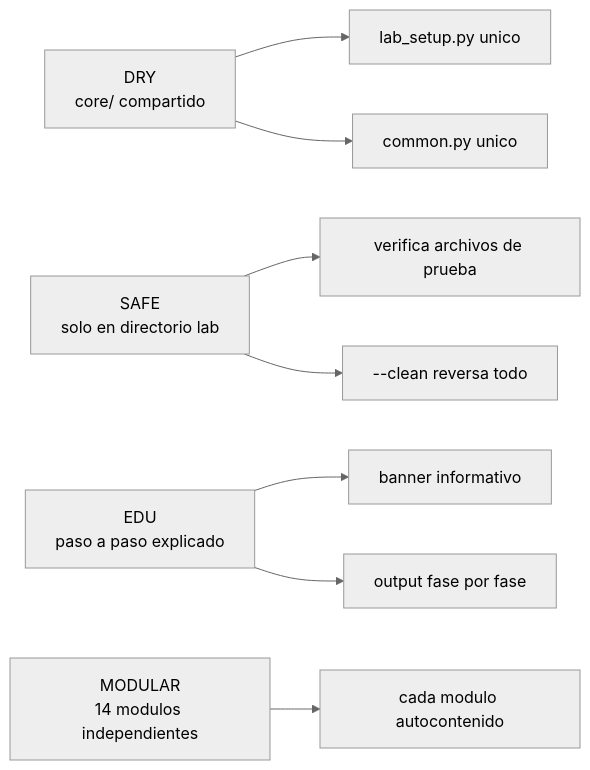
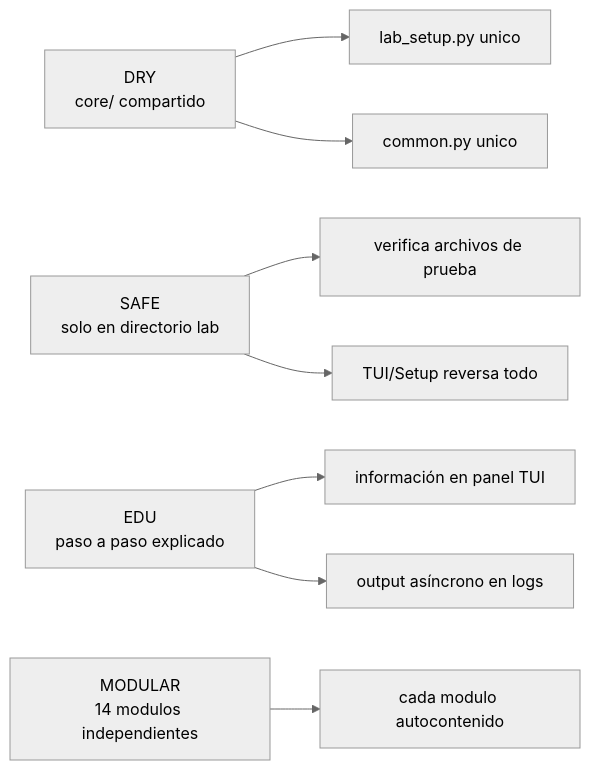
Before and after one commit to dozelix/easml-framework: the third of 3 diagrams in README.md, drawn with Mermaid (neutral theme). The commit also changed other lines of this file, not shown here.

````diff
--- a/README.md
+++ b/README.md
@@ -135,15 +128,16 @@
 ```mermaid
 flowchart LR
     DRY["DRY<br/>core/ compartido"]
     SAFE["SAFE<br/>solo en directorio lab"]
     EDU["EDU<br/>paso a paso explicado"]
     MOD["MODULAR<br/>14 modulos independientes"]
 
     DRY --> SETUP["lab_setup.py unico"]
     DRY --> COMMON["common.py unico"]
     SAFE --> CHECK["verifica archivos de prueba"]
-    SAFE --> CLEAN["--clean reversa todo"]
-    EDU --> BANNER["banner informativo"]
-    EDU --> STEP["output fase por fase"]
+    SAFE --> CLEAN["TUI/Setup reversa todo"]
+    EDU --> BANNER["información en panel TUI"]
+    EDU --> STEP["output asíncrono en logs"]
     MOD --> ISOLATE["cada modulo autocontenido"]
+
 ```
````
